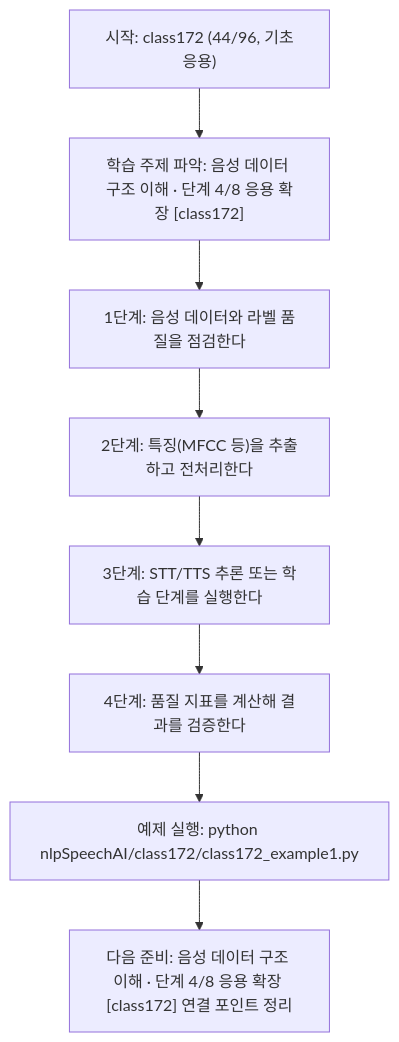
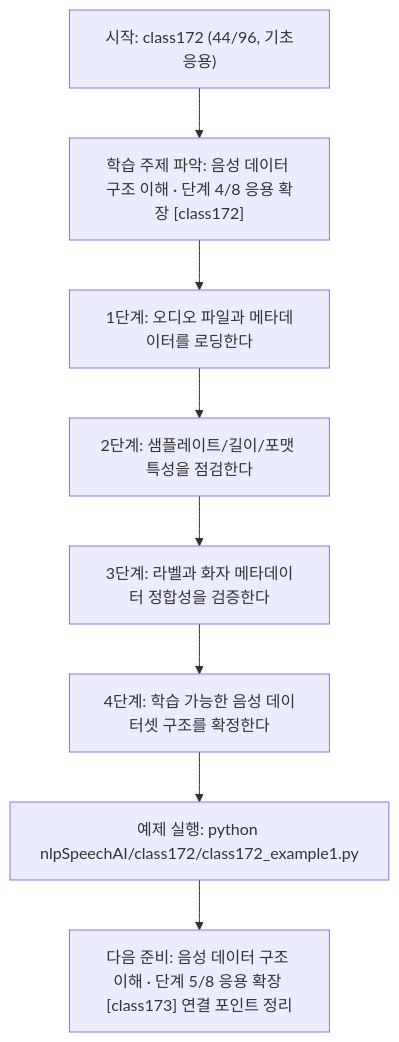
The diagram in nlpSpeechAI/class172/class172.md (edumgt/Python-AI_Agent-Class), drawn with Mermaid before and after one commit. The commit also changed other lines of this file and 1122 other files, not shown here.

````diff
--- a/nlpSpeechAI/class172/class172.md
+++ b/nlpSpeechAI/class172/class172.md
@@ -115,18 +95,18 @@
 ```mermaid
 flowchart TD
 N1["시작: class172 (44/96, 기초응용)"]
 N2["학습 주제 파악: 음성 데이터 구조 이해 · 단계 4/8 응용 확장 [class172]"]
-N3["1단계: 음성 데이터와 라벨 품질을 점검한다"]
-N4["2단계: 특징(MFCC 등)을 추출하고 전처리한다"]
-N5["3단계: STT/TTS 추론 또는 학습 단계를 실행한다"]
-N6["4단계: 품질 지표를 계산해 결과를 검증한다"]
+N3["1단계: 오디오 파일과 메타데이터를 로딩한다"]
+N4["2단계: 샘플레이트/길이/포맷 특성을 점검한다"]
+N5["3단계: 라벨과 화자 메타데이터 정합성을 검증한다"]
+N6["4단계: 학습 가능한 음성 데이터셋 구조를 확정한다"]
 N7["예제 실행: python nlpSpeechAI/class172/class172_example1.py"]
-N8["다음 준비: 음성 데이터 구조 이해 · 단계 4/8 응용 확장 [class172] 연결 포인트 정리"]
+N8["다음 준비: 음성 데이터 구조 이해 · 단계 5/8 응용 확장 [class173] 연결 포인트 정리"]
 N1 --> N2
 N2 --> N3
 N3 --> N4
 N4 --> N5
 N5 --> N6
 N6 --> N7
 N7 --> N8
 ```
````
